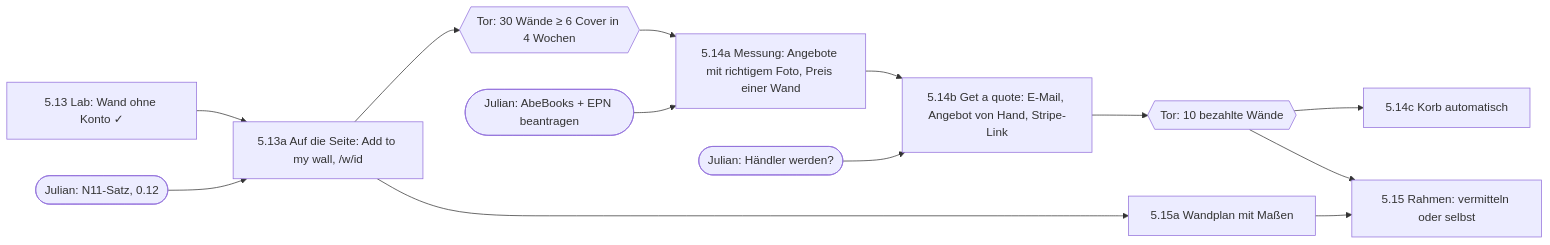
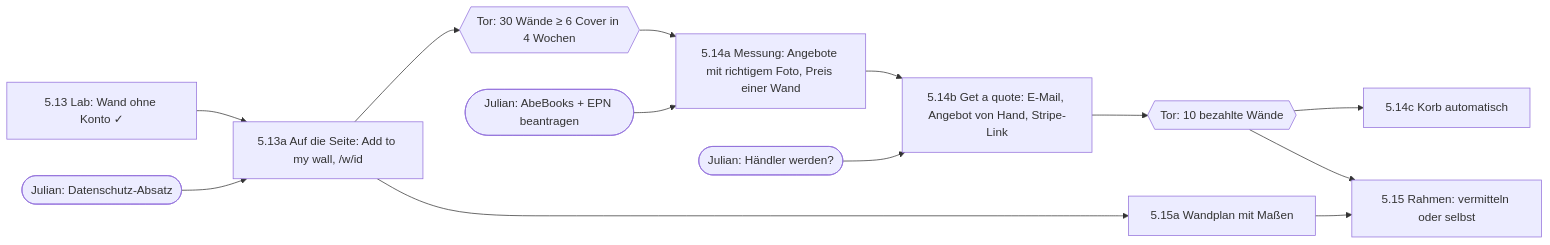
One commit to heissjl/beautifulbooks changed the diagram in docs/plans/PLAN-5.13-wand-funnel.md. Above: the diagram before and after it, drawn with Mermaid. The commit also changed other lines of this file and 9 other files, not shown here.

````diff
--- a/docs/plans/PLAN-5.13-wand-funnel.md
+++ b/docs/plans/PLAN-5.13-wand-funnel.md
@@ -132,15 +125,15 @@
 ```mermaid
 flowchart LR
   L["5.13 Lab: Wand ohne Konto ✓"] --> S["5.13a Auf die Seite: Add to my wall, /w/id"]
-  J1(["Julian: N11-Satz, 0.12"]) --> S
+  J1(["Julian: Datenschutz-Absatz"]) --> S
   S --> T1{{"Tor: 30 Wände ≥ 6 Cover in 4 Wochen"}}
   J3(["Julian: AbeBooks + EPN beantragen"]) --> M["5.14a Messung: Angebote mit richtigem Foto, Preis einer Wand"]
   T1 --> M
   M --> Q["5.14b Get a quote: E-Mail, Angebot von Hand, Stripe-Link"]
   J4(["Julian: Händler werden?"]) --> Q
   Q --> T2{{"Tor: 10 bezahlte Wände"}}
   T2 --> A["5.14c Korb automatisch"]
   S --> P["5.15a Wandplan mit Maßen"]
   P --> F["5.15 Rahmen: vermitteln oder selbst"]
   T2 --> F
 ```
````
